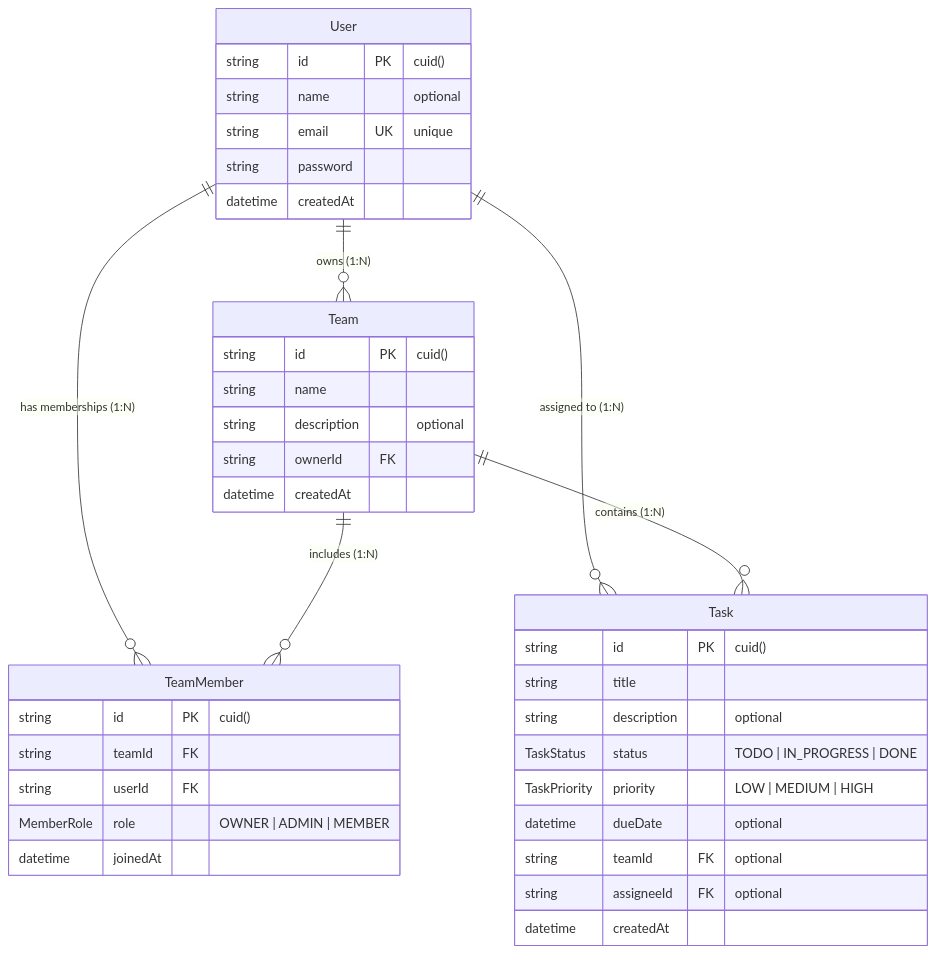
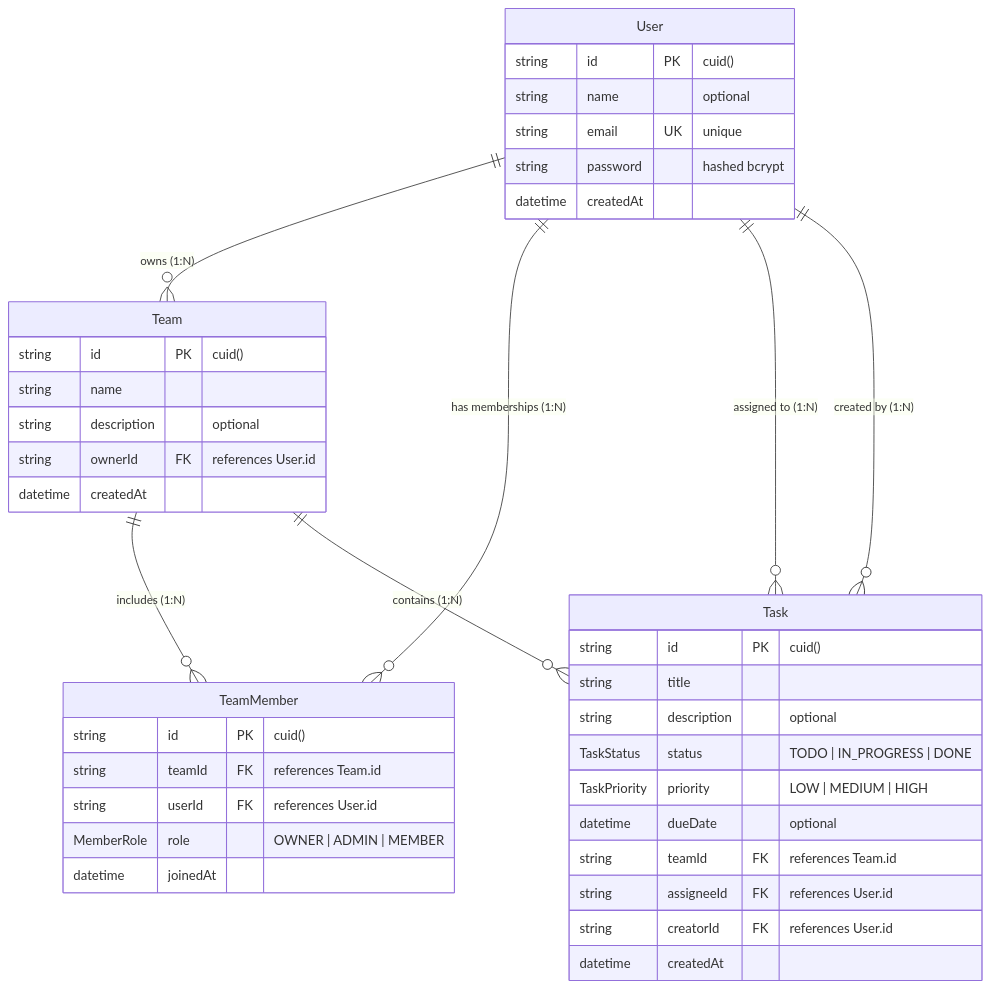
Before and after one commit to LVBao005/Lab1_SDN: the diagram in README.md, drawn with Mermaid. The commit also changed other lines of this file and 3 other files, not shown here.

````diff
--- a/README.md
+++ b/README.md
@@ -61,44 +99,46 @@
 ```mermaid
 erDiagram
     User ||--o{ Team : "owns (1:N)"
     User ||--o{ TeamMember : "has memberships (1:N)"
     User ||--o{ Task : "assigned to (1:N)"
+    User ||--o{ Task : "created by (1:N)"
     Team ||--o{ TeamMember : "includes (1:N)"
     Team ||--o{ Task : "contains (1:N)"
 
     User {
         string id PK "cuid()"
         string name "optional"
         string email UK "unique"
-        string password
+        string password "hashed bcrypt"
         datetime createdAt
     }
 
     Team {
         string id PK "cuid()"
         string name
         string description "optional"
-        string ownerId FK
+        string ownerId FK "references User.id"
         datetime createdAt
     }
 
     TeamMember {
         string id PK "cuid()"
-        string teamId FK
-        string userId FK
+        string teamId FK "references Team.id"
+        string userId FK "references User.id"
         MemberRole role "OWNER | ADMIN | MEMBER"
         datetime joinedAt
     }
 
     Task {
         string id PK "cuid()"
         string title
         string description "optional"
         TaskStatus status "TODO | IN_PROGRESS | DONE"
         TaskPriority priority "LOW | MEDIUM | HIGH"
         datetime dueDate "optional"
-        string teamId FK "optional"
-        string assigneeId FK "optional"
+        string teamId FK "references Team.id"
+        string assigneeId FK "references User.id"
+        string creatorId FK "references User.id"
         datetime createdAt
     }
 ```
````
